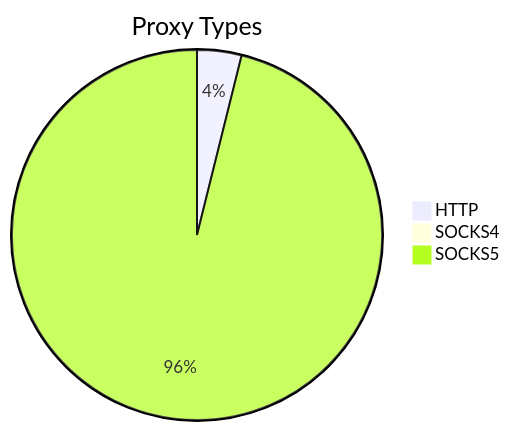
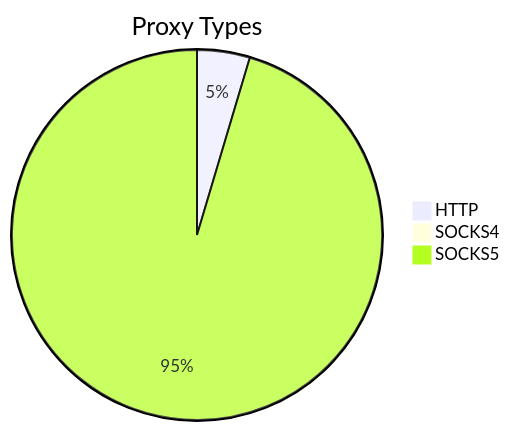
The first of 2 diagrams in README.md (stormsia/proxy-list), drawn with Mermaid before and after one commit. The commit also changed other lines of this file, not shown here.

````diff
--- a/README.md
+++ b/README.md
@@ -21,6 +21,6 @@
 ```mermaid
 pie title Proxy Types
-    "HTTP" : 374
-    "SOCKS4" : 52
-    "SOCKS5" : 9275
+    "HTTP" : 403
+    "SOCKS4" : 60
+    "SOCKS5" : 8343
 ```
````
